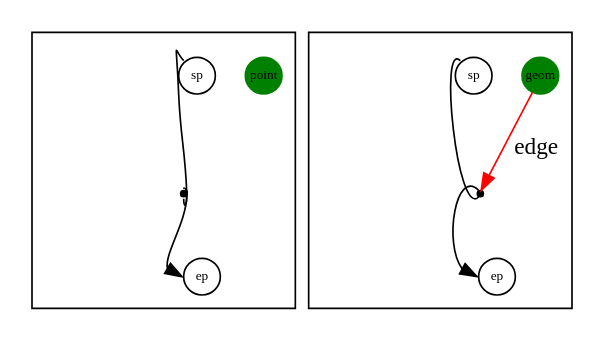
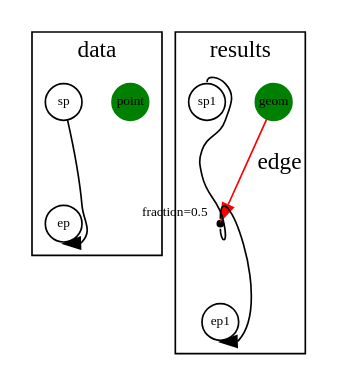
Before and after one commit to cvvergara/pgrouting: the first of 2 diagrams in doc/utilities/pgr_findCloseEdges.rst, drawn with Graphviz. The commit also changed other lines of this file and 6 other files, not shown here.

```diff
--- a/doc/utilities/pgr_findCloseEdges.rst
+++ b/doc/utilities/pgr_findCloseEdges.rst
@@ -222,31 +231,32 @@
 .. graphviz::
 
    digraph D {
-    splines=true;
-    subgraph cluster0 {
-    point [pos="0,1.5!";shape=circle;style=filled;color=green;fontsize=8;width=0.3;fixedsize=true];
-    np [pos="1,1.5!";shape=point;color=black;size=0;fixedsize=true];
-    sp, ep [shape=circle;fontsize=8;width=0.3;fixedsize=true];
-    sp[pos="2,0!"]
-    ep[pos="2,3!"]
+     subgraph cluster0 {
+       label="data";
+       point [shape=circle;style=filled;color=green;fontsize=8;width=0.3;fixedsize=true];
+       point [pos="0,1.5!"]
 
-    f1 [pos="1.5,2.25!" width=0.3; height=0.5; fixedsize=true; style=invis ];
-    f2 [pos="1.5,0.75!" width=0.3; height=0.5;  fixedsize=true; style=invis];
-    sp:nw ->  np:s [dir=none]
-    np:n -> ep:w
-    }
+       sp, ep [shape=circle;fontsize=8;width=0.3;fixedsize=true];
+       sp[pos="2,0!"]
+       ep[pos="2,3!"]
 
-    subgraph cluster1 {
-    geom [pos="3,1.5!";shape=circle;style=filled;color=green;fontsize=8;width=0.3;fixedsize=true];
-    np1 [pos="4,1.5!";shape=point;color=black;size=0];
-    sp1, ep1 [shape=circle;fontsize=8;width=0.3;fixedsize=true];
-    sp1[pos="5,0!";label=sp]
-    ep1[pos="5,3!";label=ep]
+       sp -> ep:s
+     }
+     subgraph cluster1 {
+       label="results";
+       geom [shape=circle;style=filled;color=green;fontsize=8;width=0.3;fixedsize=true];
+       geom [pos="3,1.5!"]
 
-    f11 [pos="4.55,2.25!";width=0.3; height=0.5; fixedsize=true; style=invis];
-    f21 [pos="4.557,0.75!";width=0.3; height=0.5; fixedsize=true; style=invis];
-    sp1:nw ->  np1:sw [dir=none];
-    np1:nw -> ep1:w;
-    geom -> np1 [label="edge";color=red]
-    }
+       np11 [shape=point;color=black;size=0;fontsize=8;fixedsize=true];
+       np11 [pos="5,1.5!";xlabel="fraction=0.5"];
+
+       sp1, ep1 [shape=circle;fontsize=8;width=0.3;fixedsize=true];
+       sp1[pos="5,0!"]
+       ep1[pos="5,3!"]
+
+       sp1:n ->  np11:s [dir=none]
+       np11:n -> ep1:s
+
+       geom -> np11 [color=red,label="edge"];
+     }
    }
```
